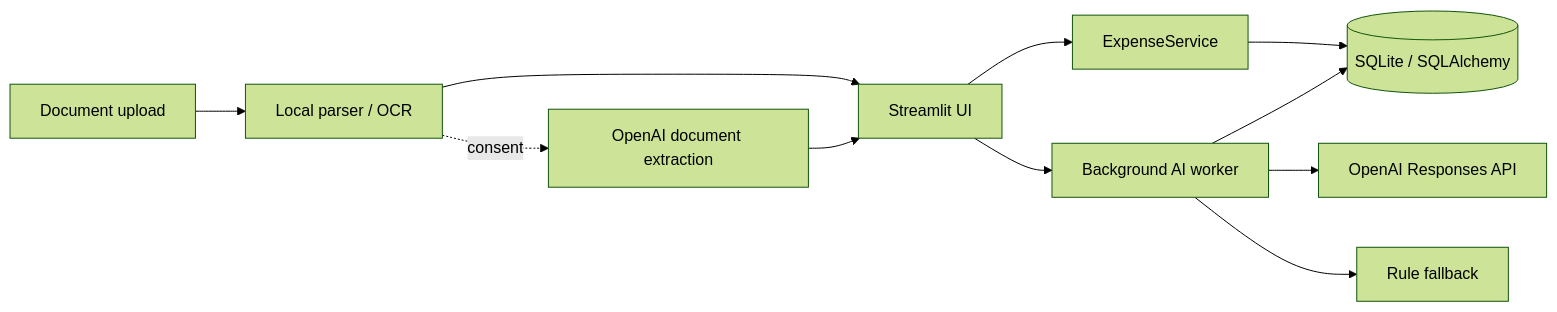
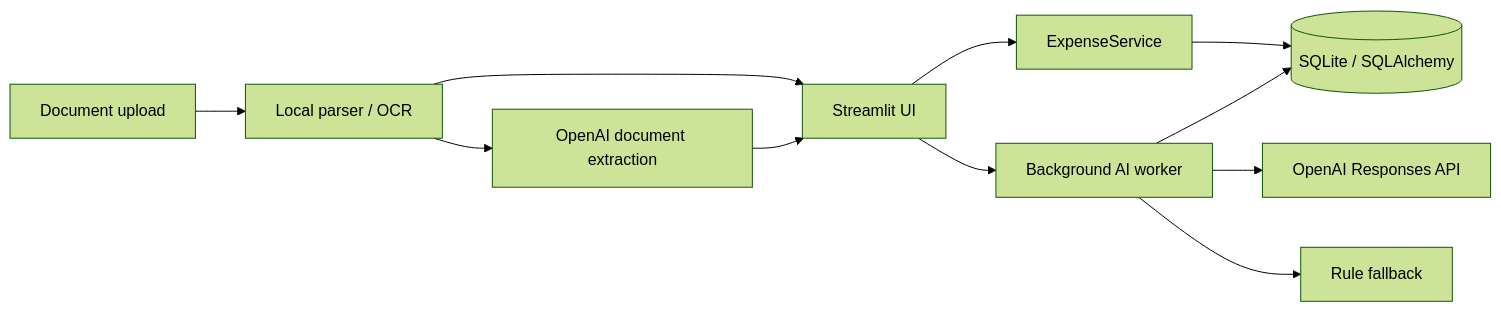
Before and after one commit to ElinaKlymovska/SAG7-Ventures: the diagram in README.md, drawn with Mermaid (forest theme). The commit also changed other lines of this file and 5 other files, not shown here.

````diff
--- a/README.md
+++ b/README.md
@@ -128,13 +131,13 @@
 ```mermaid
 flowchart LR
     D[Document upload] --> X[Local parser / OCR]
     X --> UI[Streamlit UI]
-    X -. consent .-> DX[OpenAI document extraction]
+    X --> DX[OpenAI document extraction]
     DX --> UI
     UI --> S[ExpenseService]
     S --> DB[(SQLite / SQLAlchemy)]
     UI --> W[Background AI worker]
     W --> OA[OpenAI Responses API]
     W --> FB[Rule fallback]
     W --> DB
 ```
````
